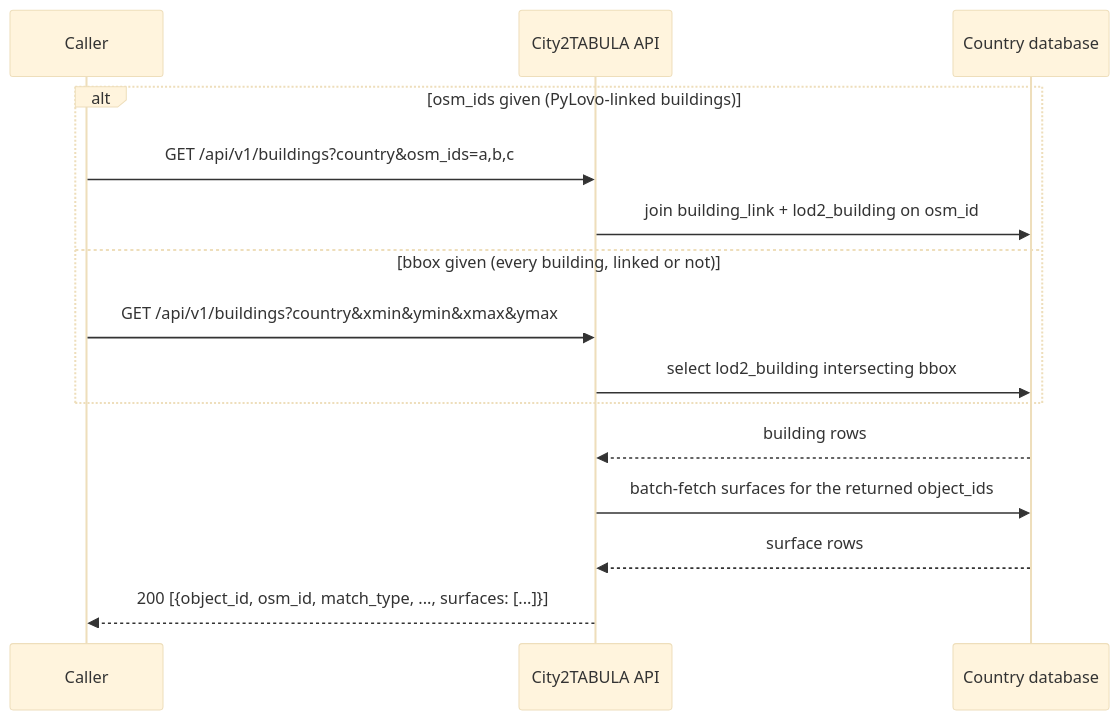
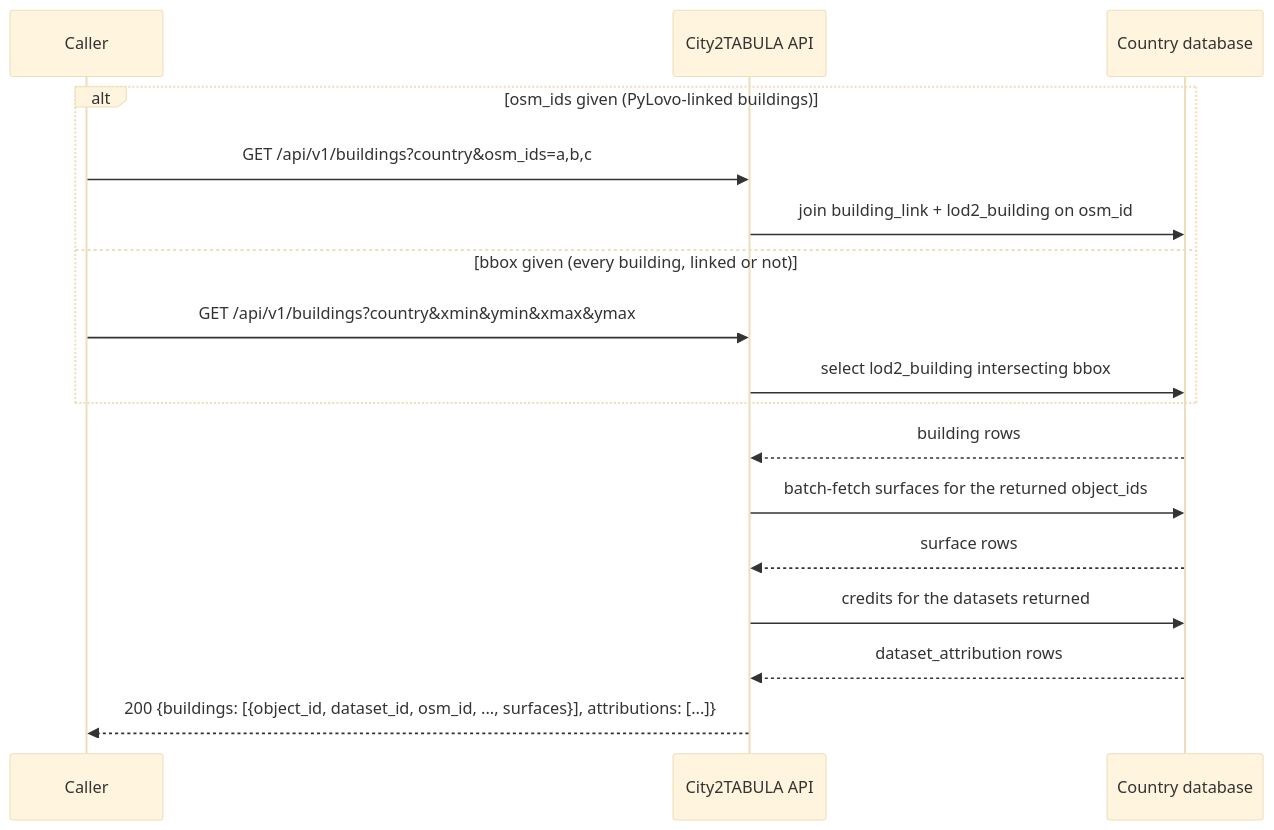
Before and after one commit to THD-Spatial-AI/city2tabula: the fourth of 5 diagrams in docs/api.md, drawn with Mermaid (base theme). The commit also changed other lines of this file and 9 other files, not shown here.

First line of the commit message:
feat: return dataset credits with buildings and geometry (#162)

````diff
--- a/docs/api.md
+++ b/docs/api.md
@@ -128,18 +131,20 @@
 ```mermaid
 sequenceDiagram
     participant C as Caller
     participant S as City2TABULA API
     participant DB as Country database
 
     alt osm_ids given (PyLovo-linked buildings)
         C->>S: GET /api/v1/buildings?country&osm_ids=a,b,c
         S->>DB: join building_link + lod2_building on osm_id
     else bbox given (every building, linked or not)
         C->>S: GET /api/v1/buildings?country&xmin&ymin&xmax&ymax
         S->>DB: select lod2_building intersecting bbox
     end
     DB-->>S: building rows
     S->>DB: batch-fetch surfaces for the returned object_ids
     DB-->>S: surface rows
-    S-->>C: 200 [{object_id, osm_id, match_type, ..., surfaces: [...]}]
+    S->>DB: credits for the datasets returned
+    DB-->>S: dataset_attribution rows
+    S-->>C: 200 {buildings: [{object_id, dataset_id, osm_id, ..., surfaces}], attributions: [...]}
 ```
````
